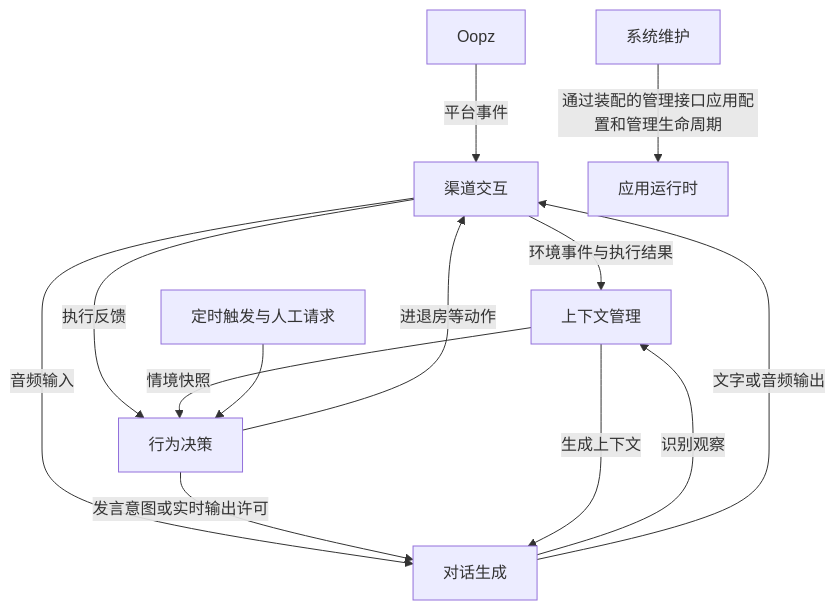
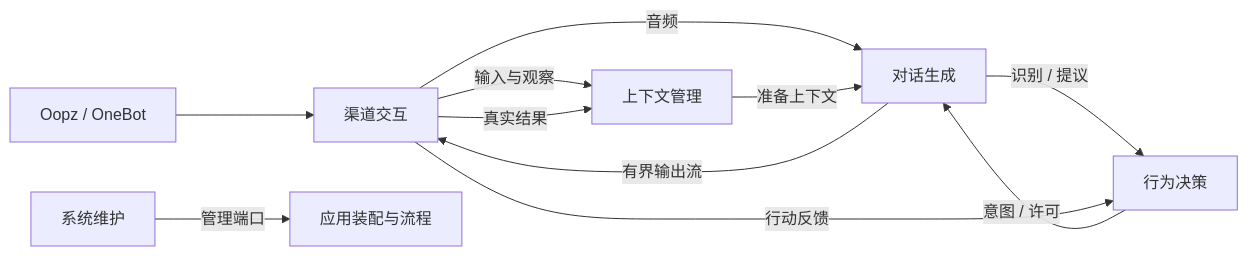
The diagram in ARCHITECTURE.md (dogLeft233/Ooptra), drawn with Mermaid before and after one commit. The commit also changed other lines of this file and 213 other files, not shown here.

````diff
--- a/ARCHITECTURE.md
+++ b/ARCHITECTURE.md
@@ -25,15 +25,13 @@
 ```mermaid
-flowchart TD
-    O[Oopz] -->|平台事件| C[渠道交互]
-    C -->|环境事件与执行结果| X[上下文管理]
-    C -->|音频输入| G[对话生成]
-    G -->|识别观察| X
-    C -->|执行反馈| B[行为决策]
-    X -->|情境快照| B
-    T[定时触发与人工请求] --> B
-    B -->|发言意图或实时输出许可| G
-    X -->|生成上下文| G
-    G -->|文字或音频输出| C
-    B -->|进退房等动作| C
-    M[系统维护] -->|通过装配的管理接口应用配置和管理生命周期| R[应用运行时]
+flowchart LR
+    O[Oopz / OneBot] --> C[渠道交互]
+    C -->|输入与观察| X[上下文管理]
+    C -->|音频| G[对话生成]
+    G -->|识别 / 提议| B[行为决策]
+    X -->|准备上下文| G
+    B -->|意图 / 许可| G
+    G -->|有界输出流| C
+    C -->|真实结果| X
+    C -->|行动反馈| B
+    M[系统维护] -->|管理端口| A[应用装配与流程]
 ```
````
